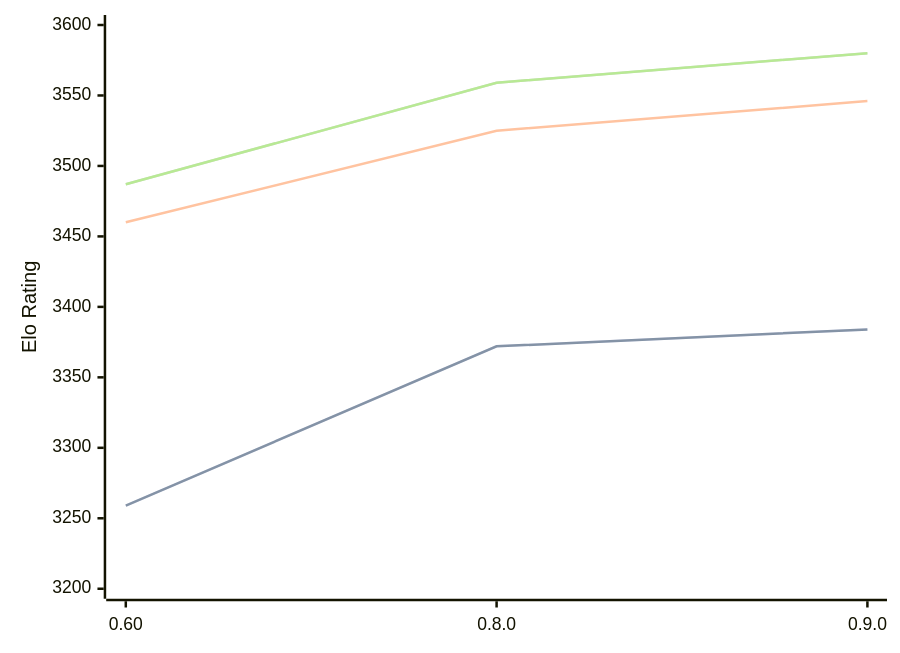
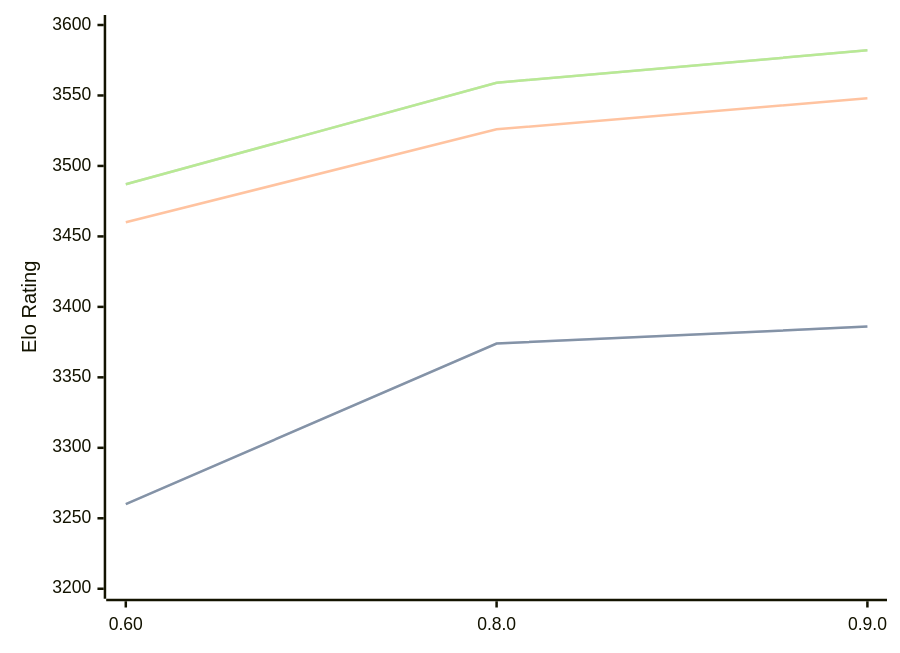
The diagram in engines/Motor.md (computer-chess-index/cci), drawn with Mermaid before and after one commit. The commit also changed other lines of this file, not shown here.

Commit message:
Update CCI Ratings (ELO VLTC) - 2026-05-16

````diff
--- a/engines/Motor.md
+++ b/engines/Motor.md
@@ -39,11 +39,11 @@
 ```mermaid
 %%{init: {"theme":"base","themeVariables":{"seriesColors:['#a3a3a3','#222221','#faa371']}}}%%
 xychart-beta
   x-axis ["0.60", "0.8.0", "0.9.0"]
   y-axis "Elo Rating" 3200 --> 3600
-  line "STC (8.0+0.08s)" [3259, 3372, 3384]
-  line "STC (8.0+0.08s)" [3259, 3372, 3384]
-  line "LTC (60.0+0.60s)" [3460, 3525, 3546]
-  line "VLTC (2m24s+1.12s)" [3487, 3559, 3580]
-  line "VLTC (2m24s+1.12s)" [3487, 3559, 3580]
+  line "STC (8.0+0.08s)" [3260, 3374, 3386]
+  line "STC (8.0+0.08s)" [3260, 3374, 3386]
+  line "LTC (60.0+0.60s)" [3460, 3526, 3548]
+  line "VLTC (2m24s+1.12s)" [3487, 3559, 3582]
+  line "VLTC (2m24s+1.12s)" [3487, 3559, 3582]
 ```
````
